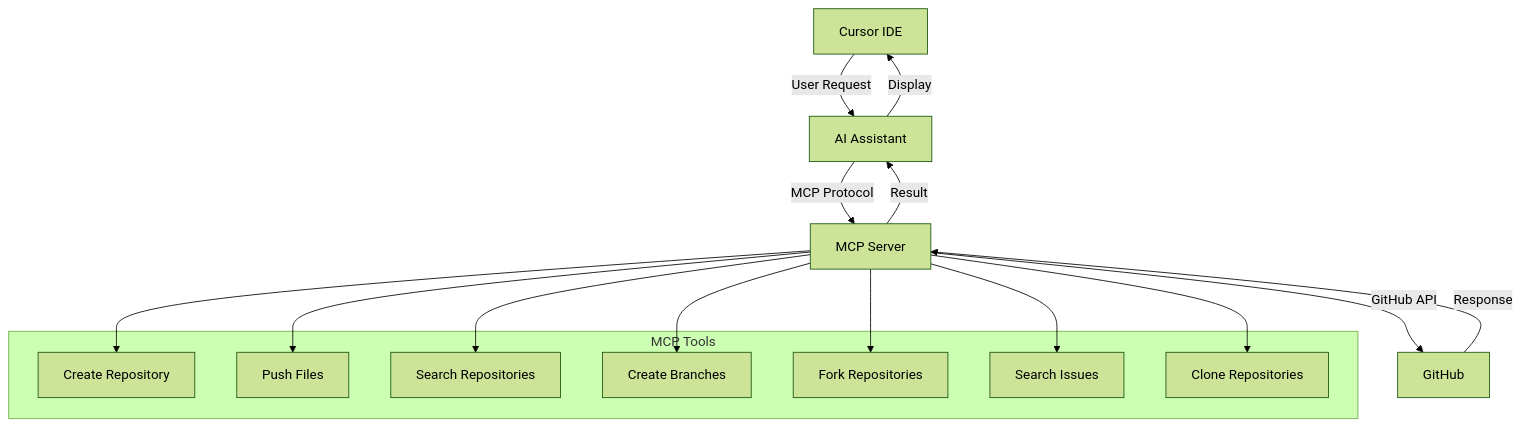
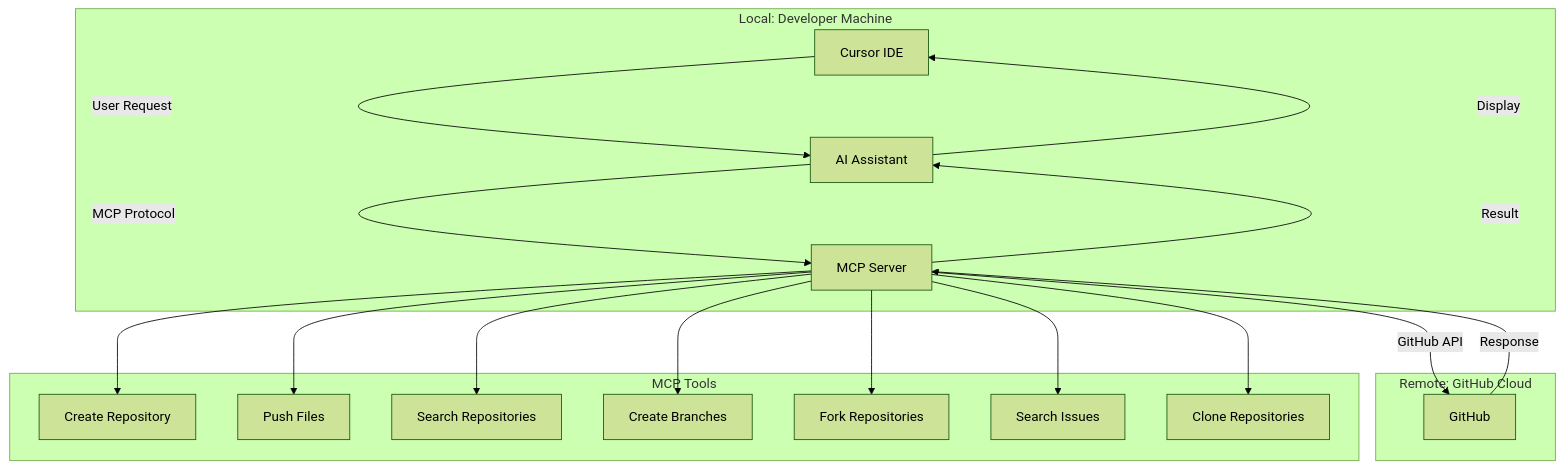
The diagram in README.md (avinashsvinu/mcp-for-github-using-cursor), drawn with Mermaid (forest theme) before and after one commit. The commit also changed other lines of this file, not shown here.

Commit message:
Update README: clarify local vs remote, hosting options, and diagram

````diff
--- a/README.md
+++ b/README.md
@@ -69,27 +69,35 @@
 ```mermaid
 graph TD
-    A[Cursor IDE] -->|User Request| B[AI Assistant]
-    B -->|MCP Protocol| C[MCP Server]
-    C -->|GitHub API| D[GitHub]
+    subgraph Local [Local: Developer Machine]
+        A[Cursor IDE]
+        B[AI Assistant]
+        C[MCP Server]
+    end
+    subgraph Remote [Remote: GitHub Cloud]
+        D[GitHub]
+    end
+    A -->|User Request| B
+    B -->|MCP Protocol| C
+    C -->|GitHub API| D
     D -->|Response| C
     C -->|Result| B
     B -->|Display| A
     
     subgraph "MCP Tools"
         E[Create Repository]
         F[Push Files]
         G[Search Repositories]
         H[Create Branches]
         I[Fork Repositories]
         J[Search Issues]
         K[Clone Repositories]
     end
     
     C --> E
     C --> F
     C --> G
     C --> H
     C --> I
     C --> J
     C --> K
 ```
````
